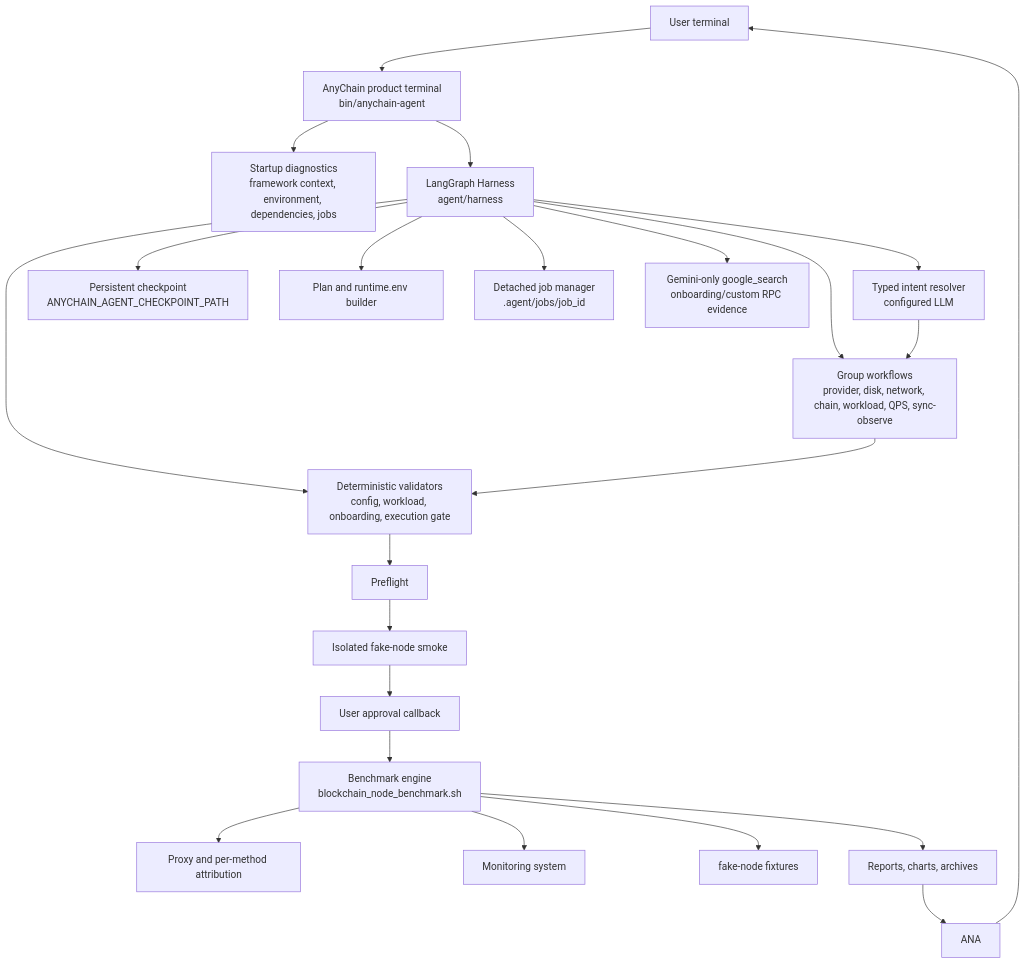
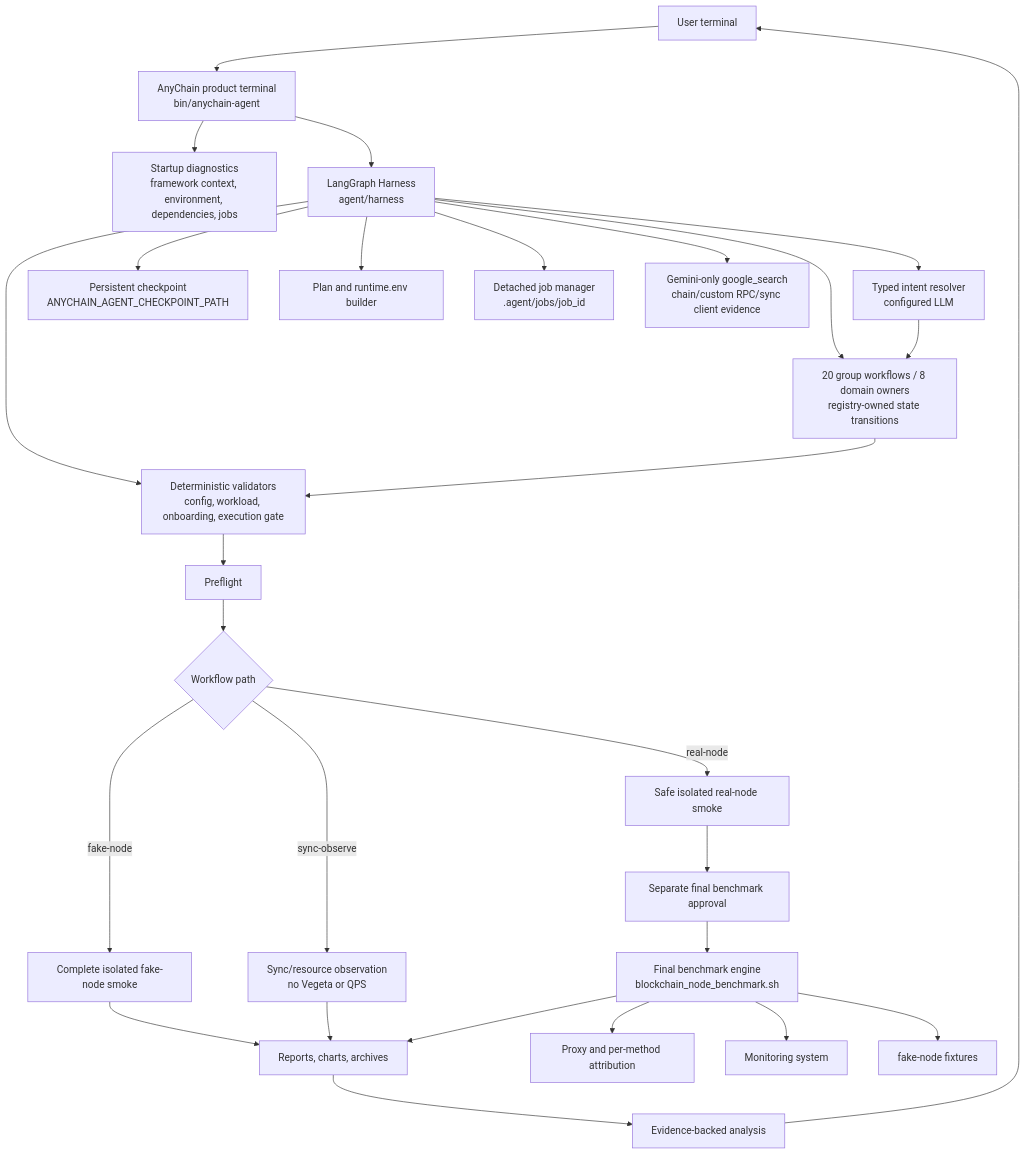
One commit to StayHungryStayFoolish/AnyChainBenchmarkAgent changed the first of 3 diagrams in docs/en/adk-agent-architecture.md. Above: the diagram before and after it, drawn with Mermaid. The commit also changed other lines of this file and 172 other files, not shown here.

````diff
--- a/docs/en/adk-agent-architecture.md
+++ b/docs/en/adk-agent-architecture.md
@@ -15,28 +34,33 @@
 ```mermaid
 flowchart TD
   U["User terminal"] --> T["AnyChain product terminal<br/>bin/anychain-agent"]
   T --> D["Startup diagnostics<br/>framework context, environment, dependencies, jobs"]
   T --> H["LangGraph Harness<br/>agent/harness"]
 
   H --> I["Typed intent resolver<br/>configured LLM"]
-  H --> G["Group workflows<br/>provider, disk, network, chain, workload, QPS, sync-observe"]
+  H --> G["20 group workflows / 8 domain owners<br/>registry-owned state transitions"]
   H --> S["Persistent checkpoint<br/>ANYCHAIN_AGENT_CHECKPOINT_PATH"]
   H --> VAL["Deterministic validators<br/>config, workload, onboarding, execution gate"]
   H --> PLAN["Plan and runtime.env builder"]
   H --> JOB["Detached job manager<br/>.agent/jobs/job_id"]
-  H --> SEARCH["Gemini-only google_search<br/>onboarding/custom RPC evidence"]
+  H --> SEARCH["Gemini-only google_search<br/>chain/custom RPC/sync client evidence"]
 
   I --> G
   G --> VAL
 
   VAL --> PRE["Preflight"]
-  PRE --> SMOKE["Isolated fake-node smoke"]
-  SMOKE --> APPROVE["User approval callback"]
-  APPROVE --> BENCH["Benchmark engine<br/>blockchain_node_benchmark.sh"]
+  PRE --> MODE{"Workflow path"}
+  MODE -->|"fake-node"| FSMOKE["Complete isolated fake-node smoke"]
+  MODE -->|"real-node"| RSMOKE["Safe isolated real-node smoke"]
+  RSMOKE --> APPROVE["Separate final benchmark approval"]
+  APPROVE --> BENCH["Final benchmark engine<br/>blockchain_node_benchmark.sh"]
+  MODE -->|"sync-observe"| SYNC["Sync/resource observation<br/>no Vegeta or QPS"]
+  FSMOKE --> ART["Reports, charts, archives"]
+  SYNC --> ART
   BENCH --> PROXY["Proxy and per-method attribution"]
   BENCH --> MON["Monitoring system"]
   BENCH --> FN["fake-node fixtures"]
-  BENCH --> ART["Reports, charts, archives"]
-  ART --> ANA
+  BENCH --> ART
+  ART --> ANA["Evidence-backed analysis"]
   ANA --> U
 ```
````
